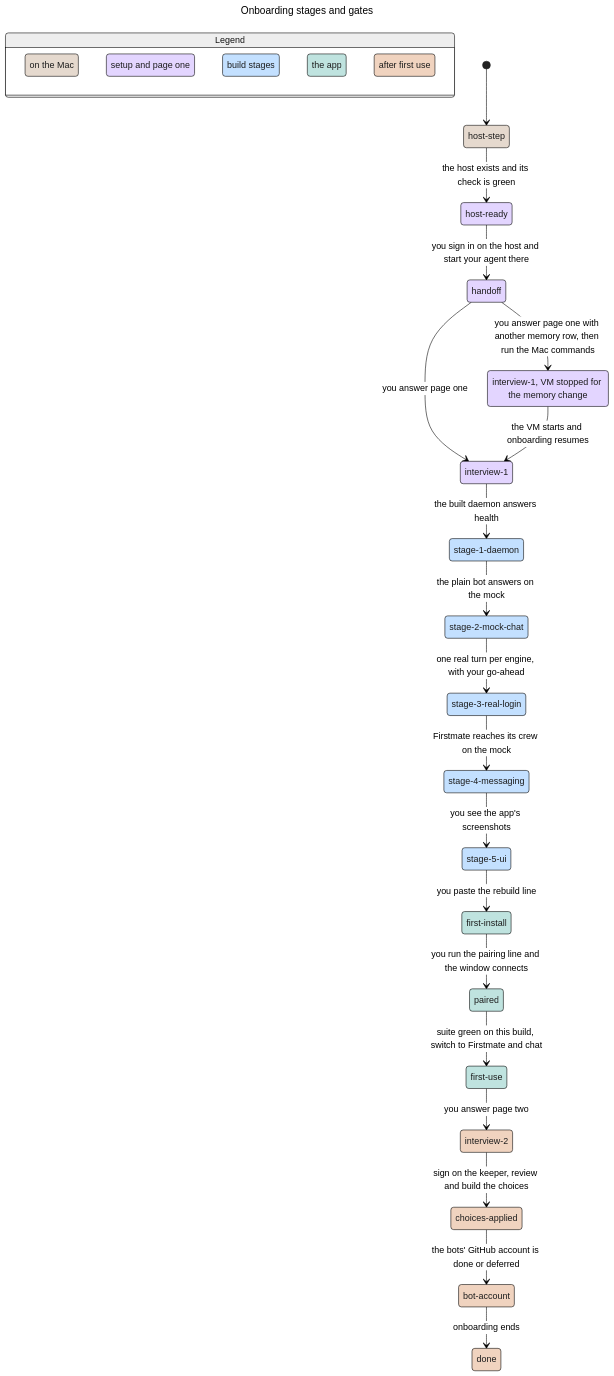
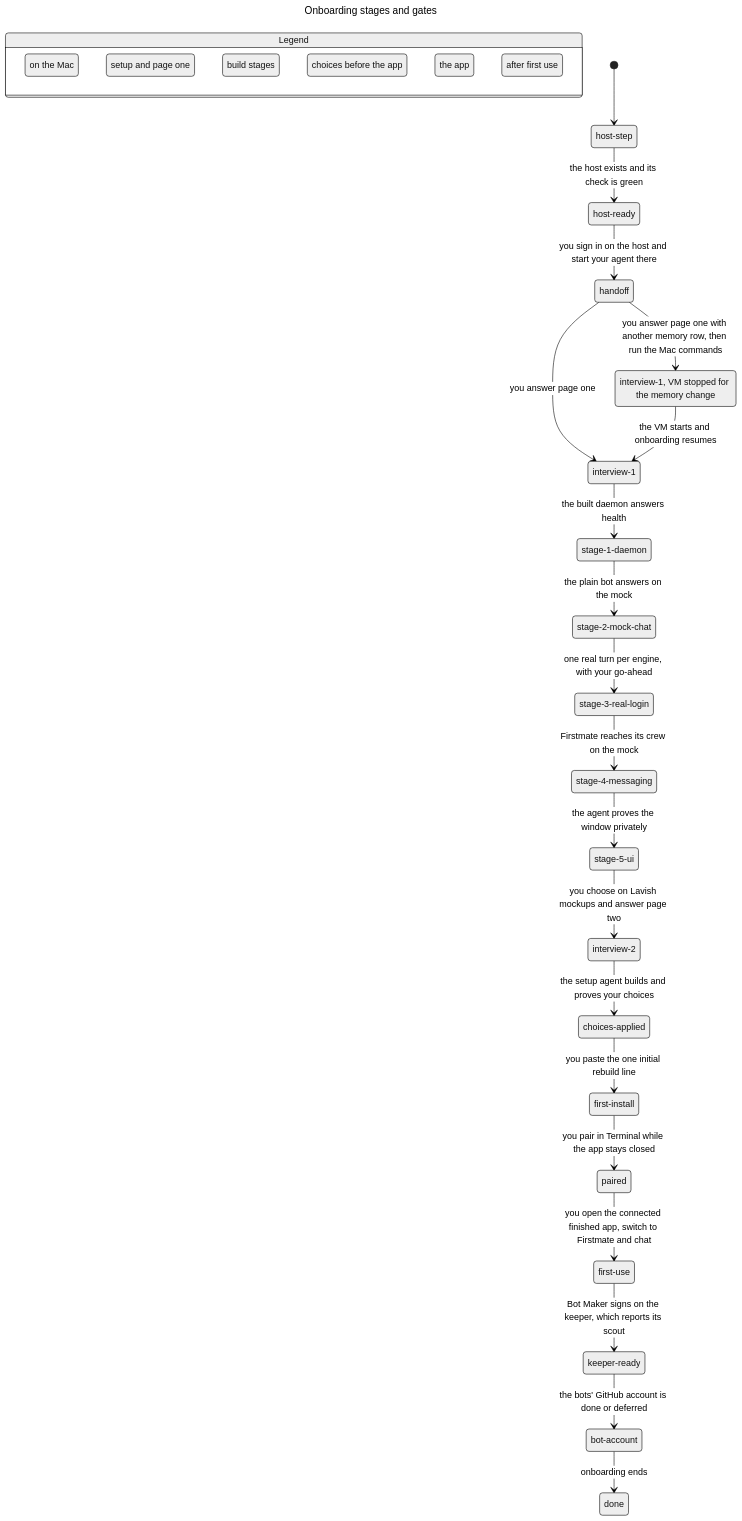
One commit to Build-Pilled/BYOH changed the diagram in spec/onboarding.md. Above: the diagram before and after it, drawn with Mermaid (neutral theme). The commit also changed other lines of this file and 7 other files, not shown here.

````diff
--- a/spec/onboarding.md
+++ b/spec/onboarding.md
@@ -204,75 +307,75 @@
 ```mermaid
 ---
 title: "Onboarding stages and gates"
 ---
 stateDiagram-v2
   state "Legend" as legend {
     lg0: on the Mac
     lg1: setup and page one
     lg2: build stages
-    lg3: the app
-    lg4: after first use
+    lg3: choices before the app
+    lg4: the app
+    lg5: after first use
   }
   class lg0 tan
   class lg1 purple
   class lg2 blue
-  class lg3 teal
-  class lg4 orange
+  class lg3 purple
+  class lg4 teal
+  class lg5 orange
   s0: host-step
   s1: host-ready
   s2: handoff
   s3: interview-1, VM stopped for the memory change
   s4: interview-1
   s5: stage-1-daemon
   s6: stage-2-mock-chat
   s7: stage-3-real-login
   s8: stage-4-messaging
   s9: stage-5-ui
-  s10: first-install
-  s11: paired
-  s12: first-use
-  s13: interview-2
-  s14: choices-applied
-  s15: bot-account
-  s16: done
+  s10: interview-2
+  s11: choices-applied
+  s12: first-install
+  s13: paired
+  s14: first-use
+  s15: keeper-ready
+  s16: bot-account
+  s17: done
   [*] --> s0
   s0 --> s1: the host exists and its check is green
   s1 --> s2: you sign in on the host and start your agent there
   s2 --> s3: you answer page one with another memory row, then run the Mac commands
   s2 --> s4: you answer page one
   s3 --> s4: the VM starts and onboarding resumes
   s4 --> s5: the built daemon answers health
   s5 --> s6: the plain bot answers on the mock
   s6 --> s7: one real turn per engine, with your go-ahead
   s7 --> s8: Firstmate reaches its crew on the mock
-  s8 --> s9: you see the app's screenshots
-  s9 --> s10: you paste the rebuild line
-  s10 --> s11: you run the pairing line and the window connects
-  s11 --> s12: suite green on this build, switch to Firstmate and chat
-  s12 --> s13: you answer page two
-  s13 --> s14: sign on the keeper, review and build the choices
-  s14 --> s15: the bots' GitHub account is done or deferred
-  s15 --> s16: onboarding ends
+  s8 --> s9: the agent proves the window privately
+  s9 --> s10: you choose on Lavish mockups and answer page two
+  s10 --> s11: the setup agent builds and proves your choices
+  s11 --> s12: you paste the one initial rebuild line
+  s12 --> s13: you pair in Terminal while the app stays closed
+  s13 --> s14: you open the connected finished app, switch to Firstmate and chat
+  s14 --> s15: Bot Maker signs on the keeper, which reports its scout
+  s15 --> s16: the bots' GitHub account is done or deferred
+  s16 --> s17: onboarding ends
   class s0 tan
   class s1 purple
   class s2 purple
   class s3 purple
   class s4 purple
   class s5 blue
   class s6 blue
   class s7 blue
   class s8 blue
   class s9 blue
-  class s10 teal
-  class s11 teal
+  class s10 purple
+  class s11 purple
   class s12 teal
-  class s13 orange
-  class s14 orange
+  class s13 teal
+  class s14 teal
   class s15 orange
   class s16 orange
-  classDef blue fill:#c3e0ff,color:#1c1c1c
-  classDef orange fill:#f0d3bf,color:#1c1c1c
-  classDef purple fill:#e3d5ff,color:#1c1c1c
-  classDef tan fill:#e5d9ce,color:#1c1c1c
-  classDef teal fill:#bfe3df,color:#1c1c1c
+  class s17 orange
 ```
````
